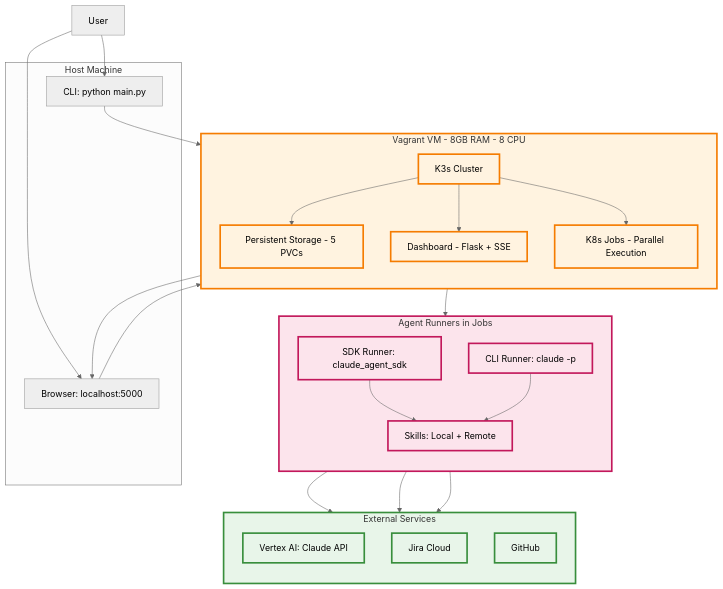
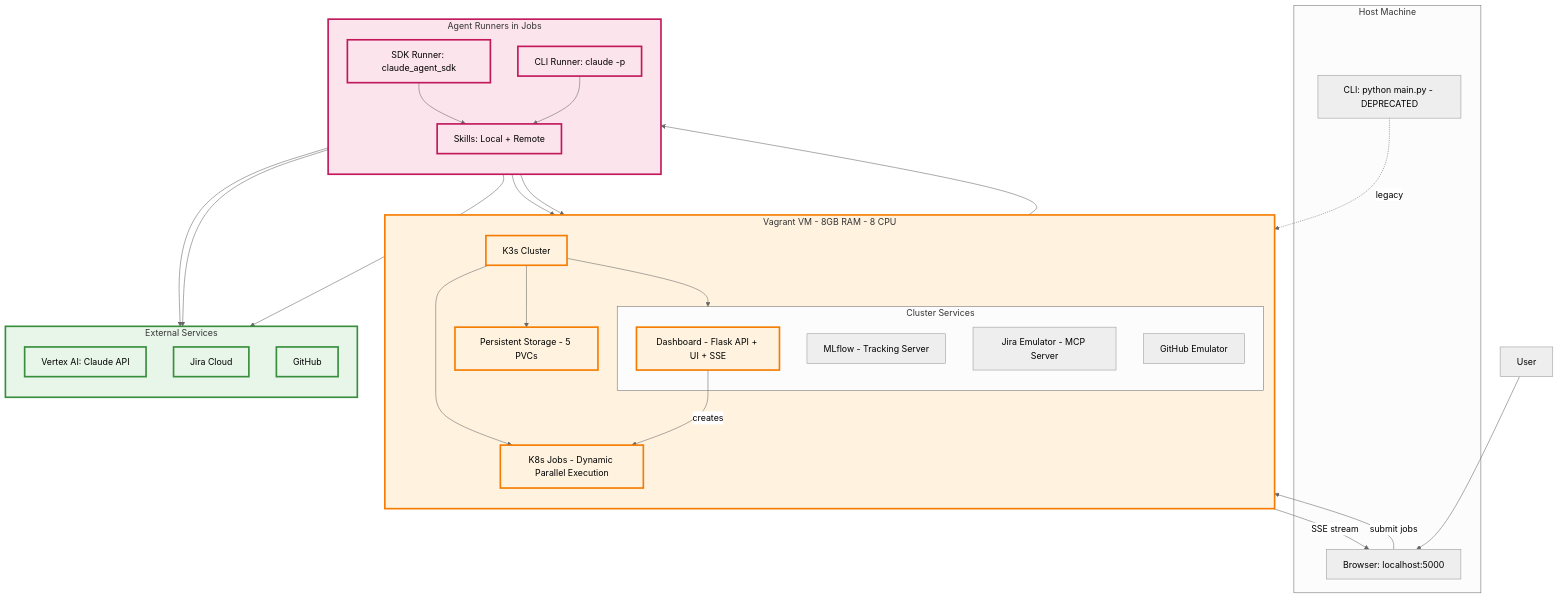
Before and after one commit to jctanner/ai-first-pipeline: the diagram in docs/architecture-overview.mmd, drawn with Mermaid (neutral theme). The commit also changed 3 other files, not shown here.

First line of the commit message:
Update architecture diagrams to reflect web-based job submission workflow

```diff
--- a/docs/architecture-overview.mmd
+++ b/docs/architecture-overview.mmd
@@ -1,59 +1,68 @@
 graph TB
     User["User"]
 
     subgraph Host["Host Machine"]
-        CLI["CLI: python main.py"]
         Browser["Browser: localhost:5000"]
+        CLI["CLI: python main.py - DEPRECATED"]
     end
 
     subgraph VM["Vagrant VM - 8GB RAM - 8 CPU"]
         direction TB
 
         K3s["K3s Cluster"]
         Storage["Persistent Storage - 5 PVCs"]
-        Dashboard["Dashboard - Flask + SSE"]
-        Jobs["K8s Jobs - Parallel Execution"]
+
+        subgraph Services["Cluster Services"]
+            Dashboard["Dashboard - Flask API + UI + SSE"]
+            MLflow["MLflow - Tracking Server"]
+            JiraEmu["Jira Emulator - MCP Server"]
+            GitHubEmu["GitHub Emulator"]
+        end
+
+        Jobs["K8s Jobs - Dynamic Parallel Execution"]
 
         K3s --> Storage
-        K3s --> Dashboard
+        K3s --> Services
         K3s --> Jobs
+        Dashboard -->|creates| Jobs
     end
 
     subgraph Runners["Agent Runners in Jobs"]
         direction TB
         SDKRunner["SDK Runner: claude_agent_sdk"]
         CLIRunner["CLI Runner: claude -p"]
         Skills["Skills: Local + Remote"]
 
         SDKRunner --> Skills
         CLIRunner --> Skills
     end
 
     subgraph External["External Services"]
         direction TB
         VertexAI["Vertex AI: Claude API"]
         JiraCloud["Jira Cloud"]
         GitHub["GitHub"]
     end
 
-    User --> CLI
     User --> Browser
 
-    CLI --> K3s
-    Browser --> Dashboard
+    Browser -->|submit jobs| Dashboard
+    Dashboard -->|SSE stream| Browser
+
+    CLI -.->|legacy| K3s
 
     Jobs --> Runners
 
     Runners --> VertexAI
+    Runners --> MLflow
+    Runners --> JiraEmu
     Runners --> JiraCloud
     Runners --> GitHub
-
-    Dashboard --> Browser
 
     classDef vm fill:#fff3e0,stroke:#f57c00,stroke-width:3px
     classDef runner fill:#fce4ec,stroke:#c2185b,stroke-width:3px
     classDef external fill:#e8f5e9,stroke:#388e3c,stroke-width:3px
 
     class VM,K3s,Storage,Dashboard,Jobs vm
     class Runners,SDKRunner,CLIRunner,Skills runner
     class External,VertexAI,JiraCloud,GitHub external
```
